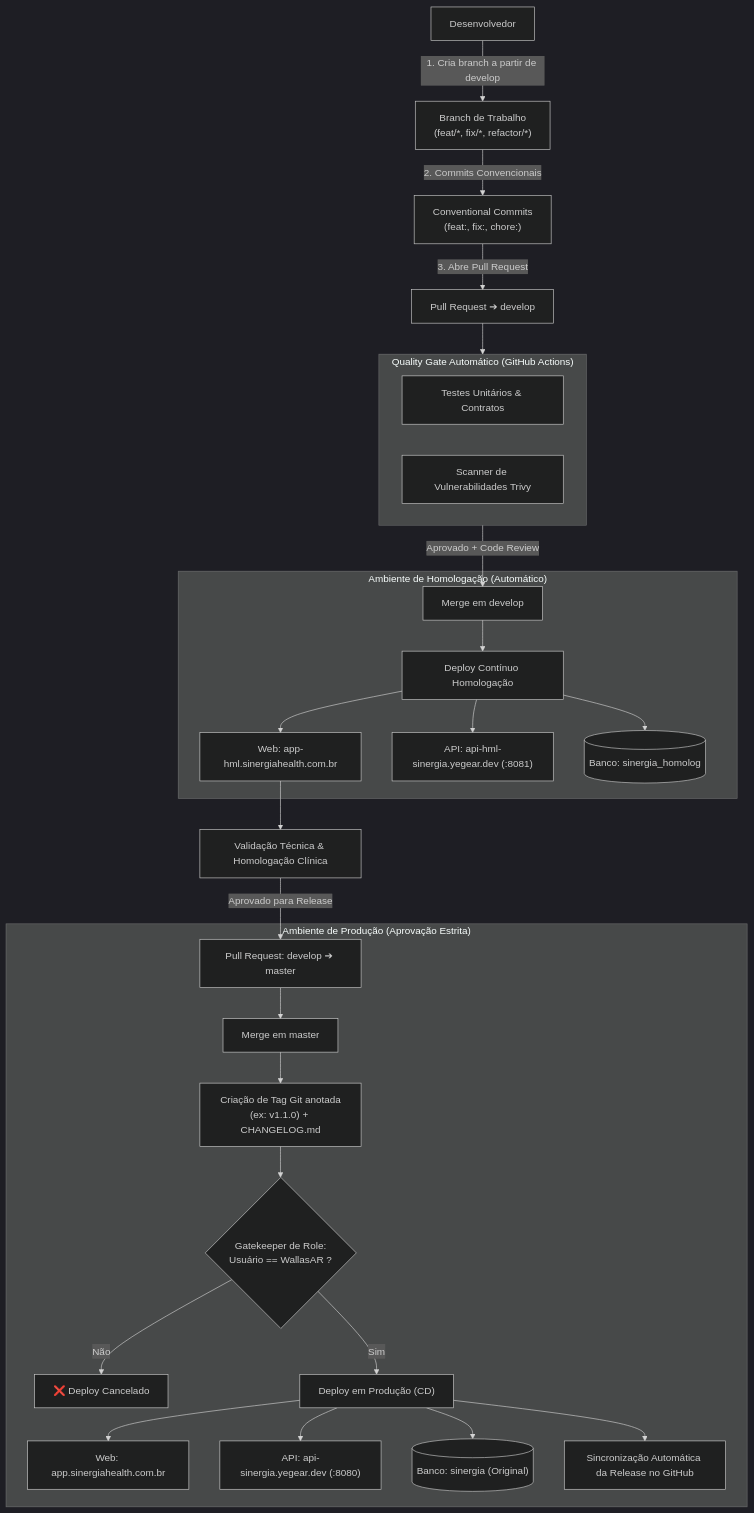
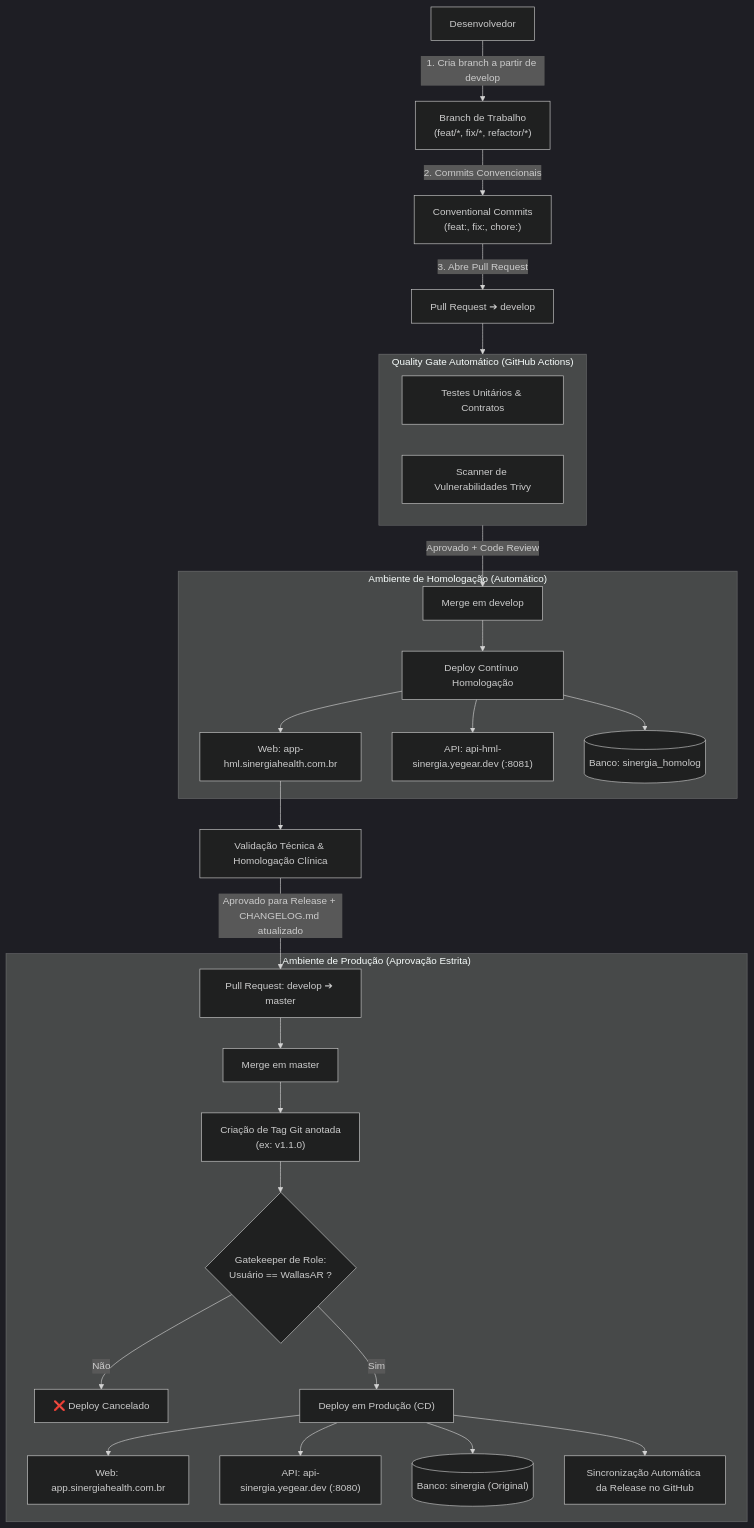
One commit to Sinergia-application/.github changed the diagram in docs/GUIA_DE_CONTRIBUICAO_E_DEPLOY_EQUIPE.md. Above: the diagram before and after it, drawn with Mermaid (dark theme). The commit also changed other lines of this file, not shown here.

Commit message:
docs(guia): atualiza ordem de preparacao do changelog antes do merge na master

````diff
--- a/docs/GUIA_DE_CONTRIBUICAO_E_DEPLOY_EQUIPE.md
+++ b/docs/GUIA_DE_CONTRIBUICAO_E_DEPLOY_EQUIPE.md
@@ -9,36 +9,36 @@
 ```mermaid
 flowchart TD
     DEV["Desenvolvedor"] -->|1. Cria branch a partir de develop| BRANCH["Branch de Trabalho\n(feat/*, fix/*, refactor/*)"]
     BRANCH -->|2. Commits Convencionais| COMMITS["Conventional Commits\n(feat:, fix:, chore:)"]
     COMMITS -->|3. Abre Pull Request| PR["Pull Request ➔ develop"]
     
     subgraph CI["Quality Gate Automático (GitHub Actions)"]
         TESTS["Testes Unitários & Contratos"]
         SECURITY["Scanner de Vulnerabilidades Trivy"]
     end
     
     PR --> CI
     CI -->|Aprovado + Code Review| MERGE_DEV["Merge em develop"]
     
     subgraph Homolog["Ambiente de Homologação (Automático)"]
         MERGE_DEV --> DEPLOY_HML["Deploy Contínuo Homologação"]
         DEPLOY_HML --> HML_WEB["Web: app-hml.sinergiahealth.com.br"]
         DEPLOY_HML --> HML_API["API: api-hml-sinergia.yegear.dev (:8081)"]
         DEPLOY_HML --> HML_DB[("Banco: sinergia_homolog")]
     end
     
     HML_WEB --> QA["Validação Técnica & Homologação Clínica"]
-    QA -->|Aprovado para Release| PR_MASTER["Pull Request: develop ➔ master"]
+    QA -->|Aprovado para Release + CHANGELOG.md atualizado| PR_MASTER["Pull Request: develop ➔ master"]
     
     subgraph Prod["Ambiente de Produção (Aprovação Estrita)"]
         PR_MASTER --> MERGE_MASTER["Merge em master"]
-        MERGE_MASTER --> TAG["Criação de Tag Git anotada\n(ex: v1.1.0) + CHANGELOG.md"]
+        MERGE_MASTER --> TAG["Criação de Tag Git anotada\n(ex: v1.1.0)"]
         TAG --> GATEKEEPER{"Gatekeeper de Role:\nUsuário == WallasAR ?"}
         GATEKEEPER -- Não --> BLOCK["❌ Deploy Cancelado"]
         GATEKEEPER -- Sim --> DEPLOY_PROD["Deploy em Produção (CD)"]
         DEPLOY_PROD --> PROD_WEB["Web: app.sinergiahealth.com.br"]
         DEPLOY_PROD --> PROD_API["API: api-sinergia.yegear.dev (:8080)"]
         DEPLOY_PROD --> PROD_DB[("Banco: sinergia (Original)")]
         DEPLOY_PROD --> RELEASE_SYNC["Sincronização Automática da Release no GitHub"]
     end
 ```
````
